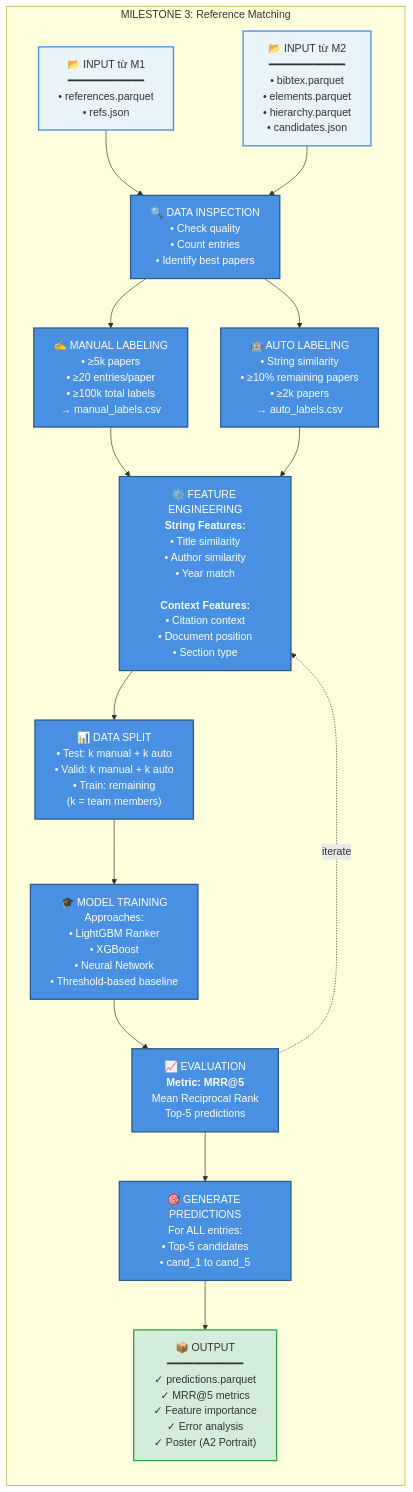
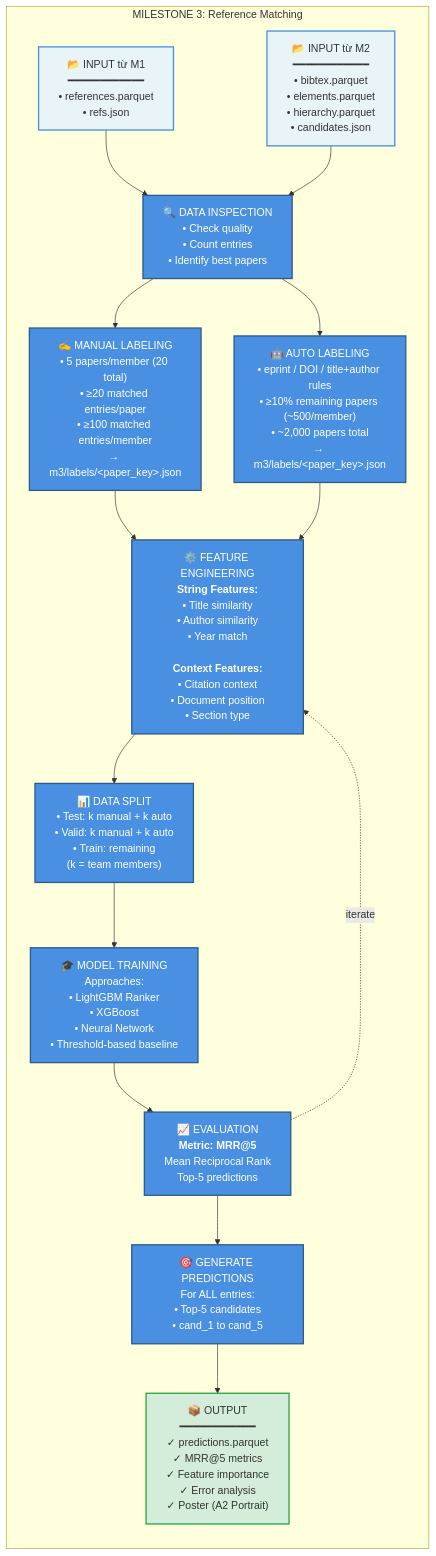
The fourth of 4 diagrams in docs/ARCHITECTURE.md (Harryyy603002/arxiv-project), drawn with Mermaid before and after one commit. The commit also changed other lines of this file and 3 other files, not shown here.

````diff
--- a/docs/ARCHITECTURE.md
+++ b/docs/ARCHITECTURE.md
@@ -190,48 +190,48 @@
 ```mermaid
 flowchart TB
     subgraph M3["MILESTONE 3: Reference Matching"]
         direction TB
         
         Input3A["📂 INPUT từ M1<br/>━━━━━━━━━━━━<br/>• references.parquet<br/>• refs.json"]
         Input3B["📂 INPUT từ M2<br/>━━━━━━━━━━━━<br/>• bibtex.parquet<br/>• elements.parquet<br/>• hierarchy.parquet<br/>• candidates.json"]
         
         Inspect["🔍 DATA INSPECTION<br/>• Check quality<br/>• Count entries<br/>• Identify best papers"]
         
-        Manual["✍️ MANUAL LABELING<br/>• ≥5k papers<br/>• ≥20 entries/paper<br/>• ≥100k total labels<br/>→ manual_labels.csv"]
+        Manual["✍️ MANUAL LABELING<br/>• 5 papers/member (20 total)<br/>• ≥20 matched entries/paper<br/>• ≥100 matched entries/member<br/>→ m3/labels/&lt;paper_key&gt;.json"]
         
-        Auto["🤖 AUTO LABELING<br/>• String similarity<br/>• ≥10% remaining papers<br/>• ≥2k papers<br/>→ auto_labels.csv"]
+        Auto["🤖 AUTO LABELING<br/>• eprint / DOI / title+author rules<br/>• ≥10% remaining papers (~500/member)<br/>• ~2,000 papers total<br/>→ m3/labels/&lt;paper_key&gt;.json"]
         
         Features["⚙️ FEATURE ENGINEERING<br/><b>String Features:</b><br/>• Title similarity<br/>• Author similarity<br/>• Year match<br/><br/><b>Context Features:</b><br/>• Citation context<br/>• Document position<br/>• Section type"]
         
         Split["📊 DATA SPLIT<br/>• Test: k manual + k auto<br/>• Valid: k manual + k auto<br/>• Train: remaining<br/>(k = team members)"]
         
         Train["🎓 MODEL TRAINING<br/>Approaches:<br/>• LightGBM Ranker<br/>• XGBoost<br/>• Neural Network<br/>• Threshold-based baseline"]
         
         Evaluate["📈 EVALUATION<br/><b>Metric: MRR@5</b><br/>Mean Reciprocal Rank<br/>Top-5 predictions"]
         
         Predict["🎯 GENERATE PREDICTIONS<br/>For ALL entries:<br/>• Top-5 candidates<br/>• cand_1 to cand_5"]
         
         Output3["📦 OUTPUT<br/>━━━━━━━━━━━━<br/>✓ predictions.parquet<br/>✓ MRR@5 metrics<br/>✓ Feature importance<br/>✓ Error analysis<br/>✓ Poster (A2 Portrait)"]
         
         Input3A --> Inspect
         Input3B --> Inspect
         Inspect --> Manual
         Inspect --> Auto
         Manual --> Features
         Auto --> Features
         Features --> Split
         Split --> Train
         Train --> Evaluate
         Evaluate -.->|iterate| Features
         Evaluate --> Predict
         Predict --> Output3
     end
     
     classDef input fill:#E8F4F8,stroke:#4A90E2,stroke-width:2px
     classDef process fill:#4A90E2,stroke:#2E5C8A,stroke-width:2px,color:#fff
     classDef output fill:#D4EDDA,stroke:#28A745,stroke-width:2px
     
     class Input3A,Input3B input
     class Inspect,Manual,Auto,Features,Split,Train,Evaluate,Predict process
     class Output3 output
 ```
````
